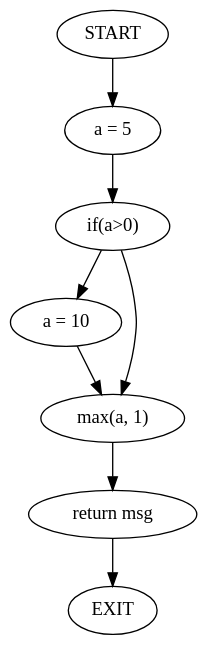
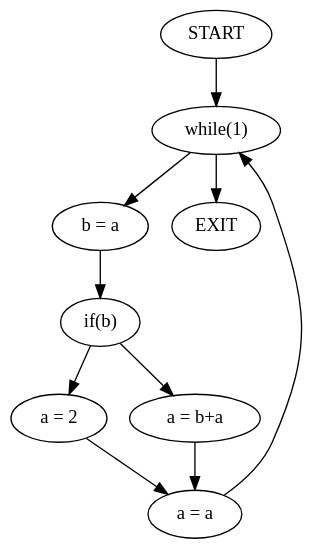
Before and after one commit to MiguelCosta/EngenhariaDeLinguagens: the diagram in ATS/Fichas/Cmb/Gramatica/output/cfg.gv, drawn with Graphviz. The commit also changed 33 other files, not shown here.

```diff
--- a/ATS/Fichas/Cmb/Gramatica/output/cfg.gv
+++ b/ATS/Fichas/Cmb/Gramatica/output/cfg.gv
@@ -1,10 +1,12 @@
 digraph mainmap {
 graph [bgcolor=transparent];
-"START" -> "a = 5";
-"a = 5" -> "if(a>0)";
-"if(a>0)" -> "a = 10";
-"if(a>0)" -> "max(a, 1)";
-"a = 10" -> "max(a, 1)";
-"max(a, 1)" -> "return msg";
-"return msg" -> "EXIT";
+"START" -> "while(1)";
+"while(1)" -> "b = a";
+"while(1)" -> "EXIT";
+"b = a" -> "if(b)";
+"if(b)" -> "a = 2";
+"if(b)" -> "a = b+a";
+"a = 2" -> "a = a";
+"a = b+a" -> "a = a";
+"a = a" -> "while(1)";
 }
```
